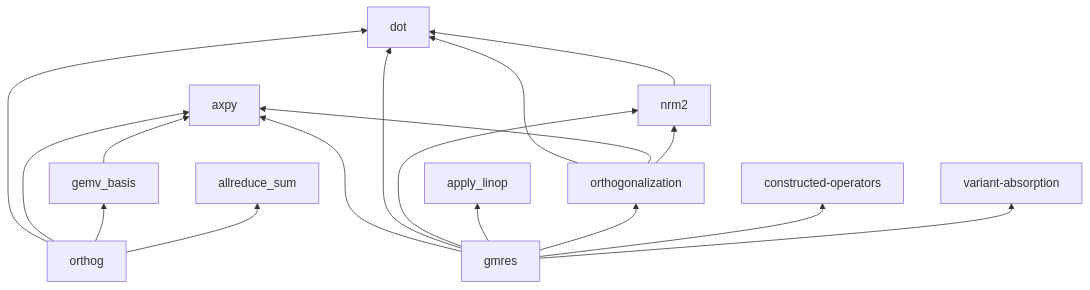
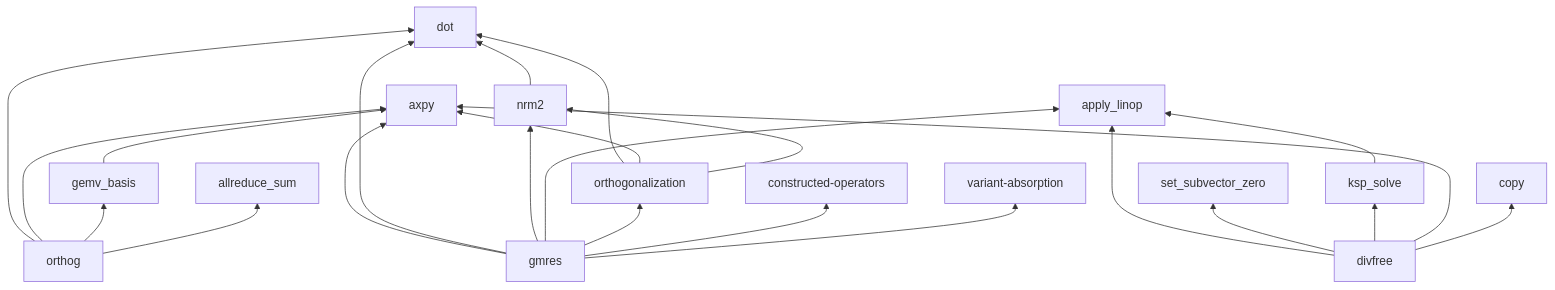
One commit to crutcher/palace_whiteroom changed the third of 3 diagrams in book/src/concepts/dependency-map.md. Above: the diagram before and after it, drawn with Mermaid. The commit also changed 8 other files, not shown here.

````diff
--- a/book/src/concepts/dependency-map.md
+++ b/book/src/concepts/dependency-map.md
@@ -47,19 +47,25 @@
 ```mermaid
 graph BT
   orthog --> dot
   orthog --> axpy
   orthog --> gemv_basis
   orthog --> allreduce_sum
   gemv_basis --> axpy
   nrm2 --> dot
   orthogonalization --> dot
   orthogonalization --> axpy
   orthogonalization --> nrm2
   gmres --> axpy
   gmres --> dot
   gmres --> nrm2
   gmres --> apply_linop
   gmres --> orthogonalization
   gmres --> constructed-operators
   gmres --> variant-absorption
+  ksp_solve --> apply_linop
+  divfree --> apply_linop
+  divfree --> set_subvector_zero
+  divfree --> ksp_solve
+  divfree --> axpy
+  divfree --> copy
 ```
````
